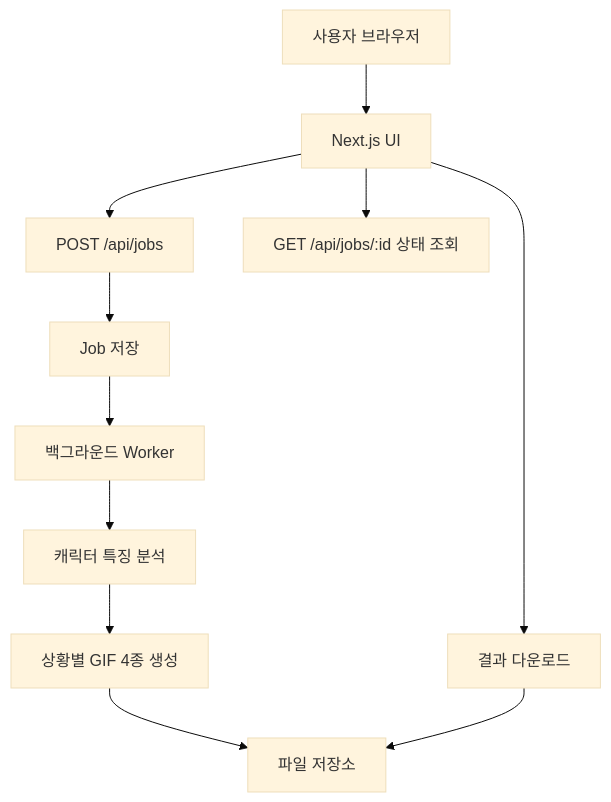
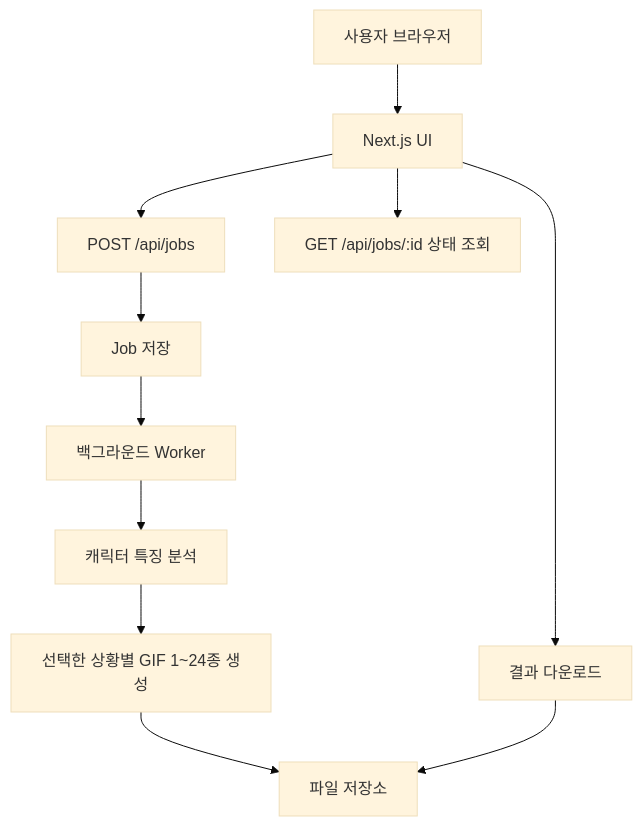
Before and after one commit to YOUNGDAE-PARK/imoji: the first of 3 diagrams in docs/design.md, drawn with Mermaid (base theme). The commit also changed other lines of this file and 16 other files, not shown here.

````diff
--- a/docs/design.md
+++ b/docs/design.md
@@ -13,13 +13,13 @@
 ```mermaid
 flowchart TD
     U[사용자 브라우저] --> P[Next.js UI]
     P --> A[POST /api/jobs]
     A --> J[Job 저장]
     J --> W[백그라운드 Worker]
     W --> C[캐릭터 특징 분석]
-    C --> G[상황별 GIF 4종 생성]
+    C --> G[선택한 상황별 GIF 1~24종 생성]
     G --> S[파일 저장소]
     P --> Q[GET /api/jobs/:id 상태 조회]
     P --> D[결과 다운로드]
     D --> S
 ```
````
